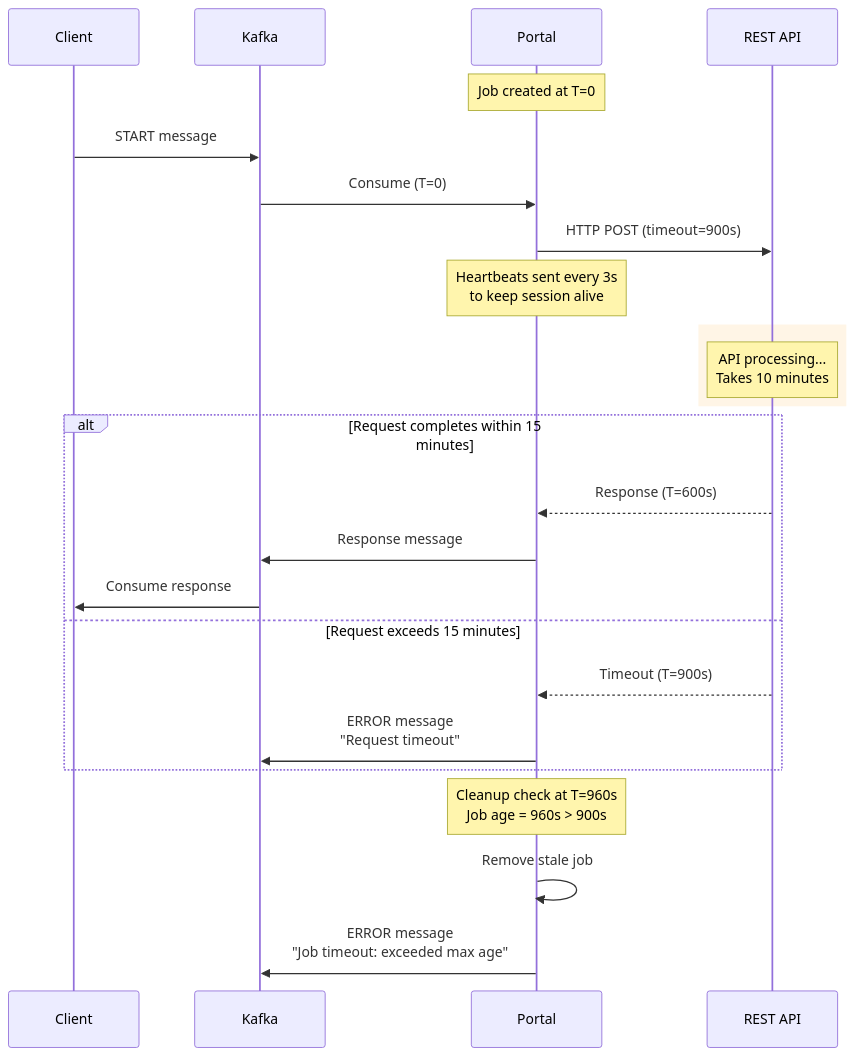
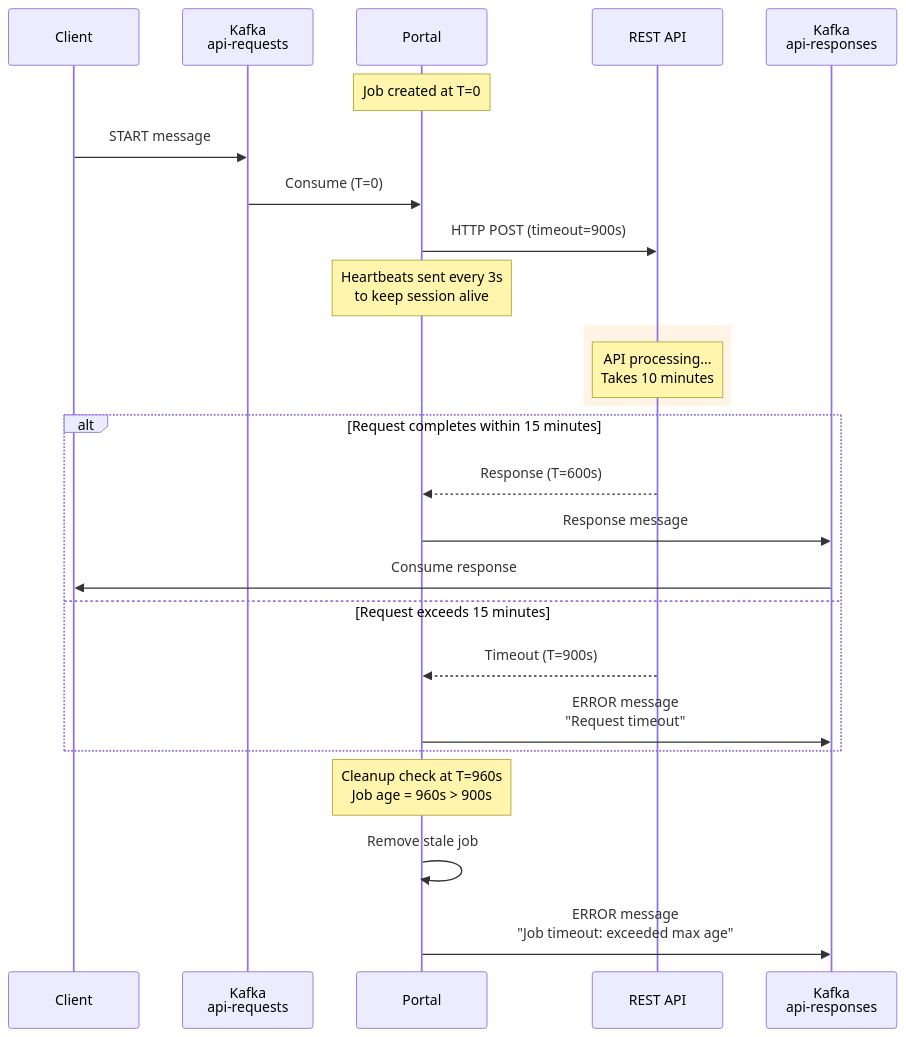
One commit to oshea00/kafkasend changed diagram 12 of 12 in PROTOCOL.md. Above: the diagram before and after it, drawn with Mermaid. The commit also changed other lines of this file and 1 other file, not shown here.

````diff
--- a/PROTOCOL.md
+++ b/PROTOCOL.md
@@ -1087,31 +1141,32 @@
 ```mermaid
 sequenceDiagram
     participant C as Client
-    participant K as Kafka
+    participant KReq as Kafka<br/>api-requests
     participant P as Portal
     participant A as REST API
+    participant KResp as Kafka<br/>api-responses
 
     Note over P: Job created at T=0
-    C->>K: START message
-    K->>P: Consume (T=0)
+    C->>KReq: START message
+    KReq->>P: Consume (T=0)
     P->>A: HTTP POST (timeout=900s)
 
     Note over P: Heartbeats sent every 3s<br/>to keep session alive
 
     rect rgb(255, 245, 230)
         Note over A: API processing...<br/>Takes 10 minutes
     end
 
     alt Request completes within 15 minutes
         A-->>P: Response (T=600s)
-        P->>K: Response message
-        K->>C: Consume response
+        P->>KResp: Response message
+        KResp->>C: Consume response
     else Request exceeds 15 minutes
         A-->>P: Timeout (T=900s)
-        P->>K: ERROR message<br/>"Request timeout"
+        P->>KResp: ERROR message<br/>"Request timeout"
     end
 
     Note over P: Cleanup check at T=960s<br/>Job age = 960s > 900s
     P->>P: Remove stale job
-    P->>K: ERROR message<br/>"Job timeout: exceeded max age"
+    P->>KResp: ERROR message<br/>"Job timeout: exceeded max age"
 ```
````
